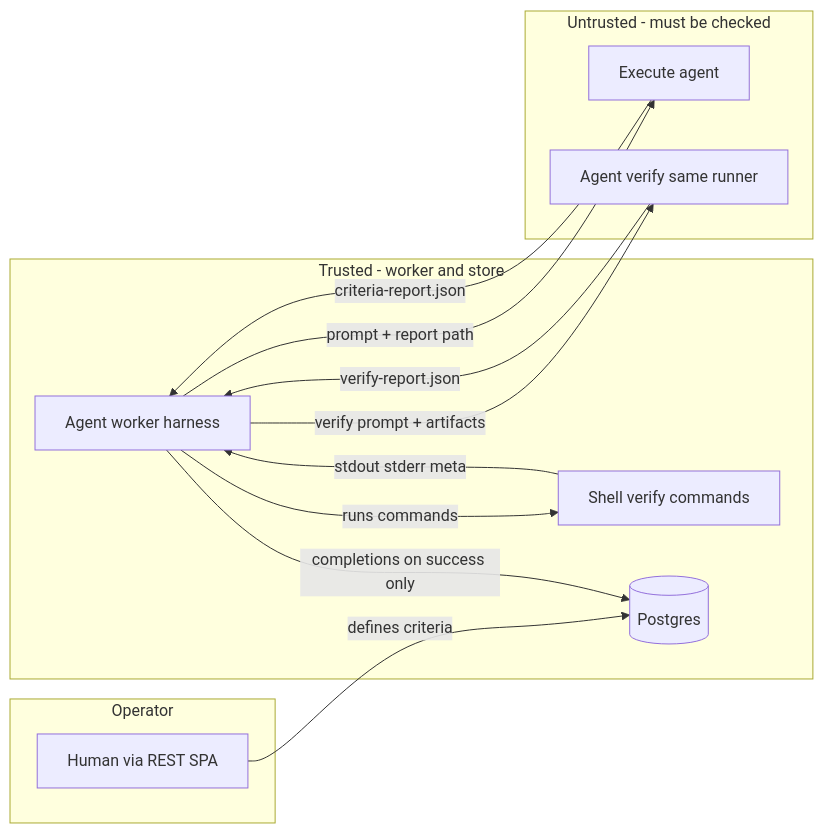
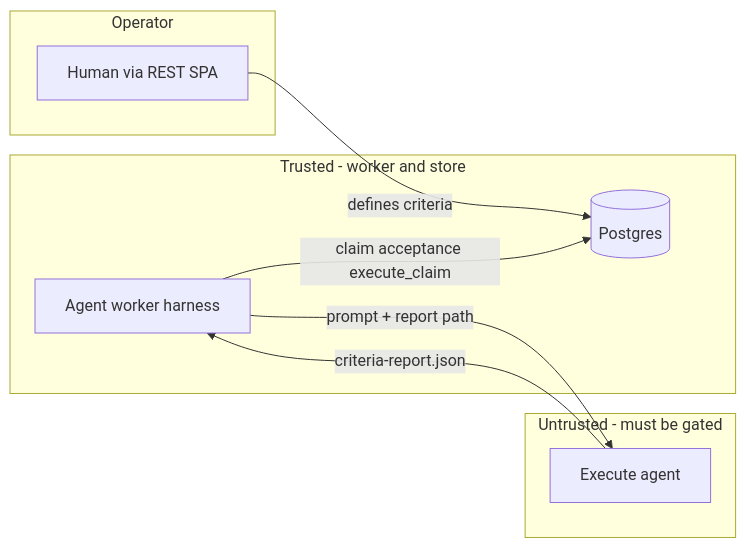
The first of 2 diagrams in docs/domain/done-criteria.md (Hamix-Labs/project-management), drawn with Mermaid before and after one commit. The commit also changed other lines of this file and 9 other files, not shown here.

First line of the commit message:
docs: align operator articles with claim-only acceptance (ADR-0092)

````diff
--- a/docs/domain/done-criteria.md
+++ b/docs/domain/done-criteria.md
@@ -62,26 +62,20 @@
 ```mermaid
 flowchart LR
   subgraph trusted [Trusted - worker and store]
     Worker[Agent worker harness]
-    Shell[Shell verify commands]
     Store[(Postgres)]
   end
 
-  subgraph untrusted [Untrusted - must be checked]
+  subgraph untrusted [Untrusted - must be gated]
     Exec[Execute agent]
-    Ver[Agent verify same runner]
   end
 
   subgraph operator [Operator]
     Op[Human via REST SPA]
   end
 
   Op -->|defines criteria| Store
   Worker -->|prompt + report path| Exec
   Exec -->|criteria-report.json| Worker
-  Worker -->|runs commands| Shell
-  Shell -->|stdout stderr meta| Worker
-  Worker -->|verify prompt + artifacts| Ver
-  Ver -->|verify-report.json| Worker
-  Worker -->|completions on success only| Store
+  Worker -->|claim acceptance execute_claim| Store
 ```
````
